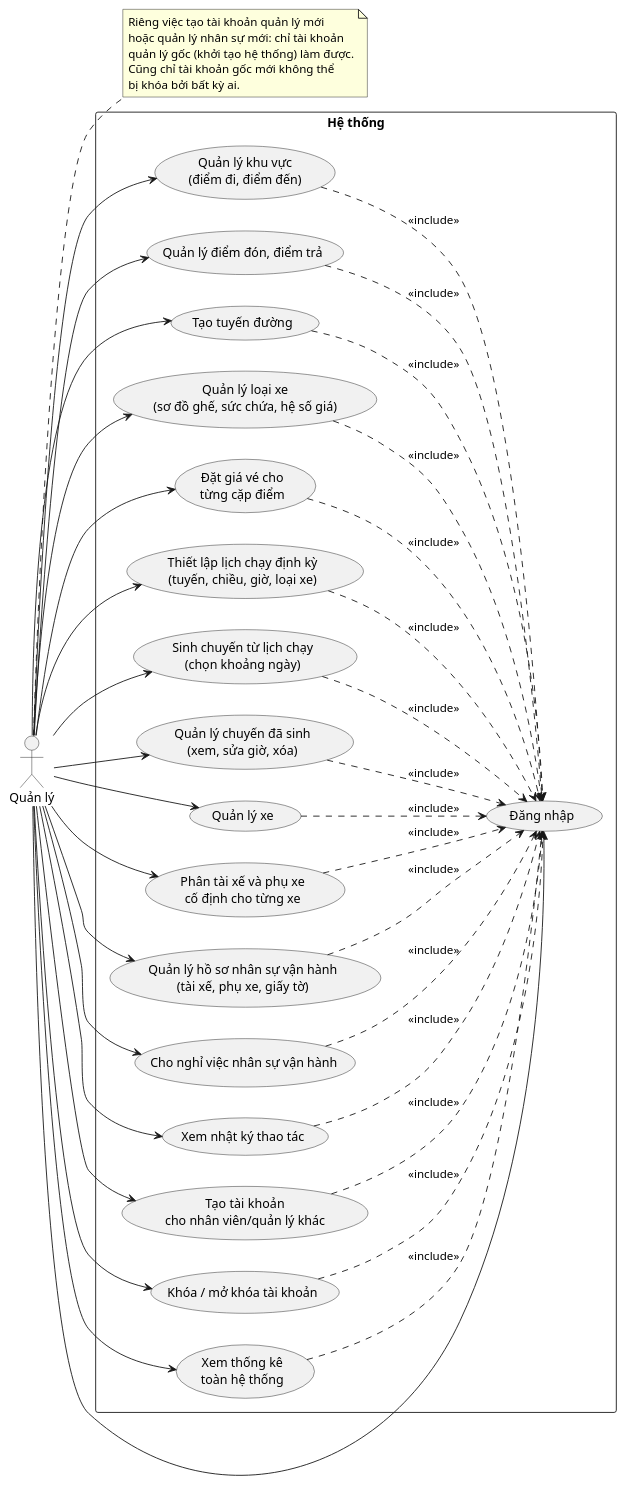
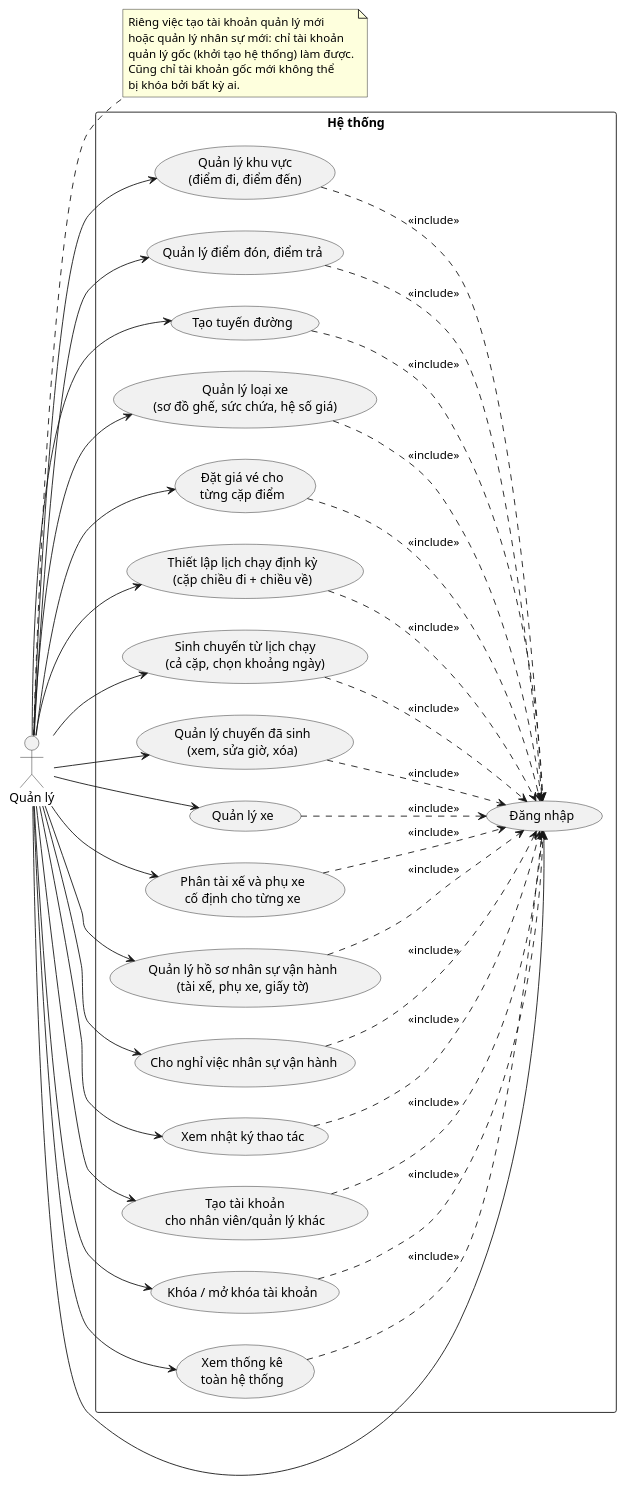
The sixth of 52 diagrams in UML_DIAGRAMS.md (nguyenvietanhit19/Project1_HeThongQuanLyNhaXeKhachLienTinh), drawn with PlantUML before and after one commit. The commit also changed other lines of this file and 13 other files, not shown here.

````diff
--- a/UML_DIAGRAMS.md
+++ b/UML_DIAGRAMS.md
@@ -193,68 +193,68 @@
 ```plantuml
 @startuml UseCase_QuanLy
 left to right direction
 actor "Quản lý" as QL
 note right of QL
   Riêng việc tạo tài khoản quản lý mới
   hoặc quản lý nhân sự mới: chỉ tài khoản
   quản lý gốc (khởi tạo hệ thống) làm được.
   Cũng chỉ tài khoản gốc mới không thể
   bị khóa bởi bất kỳ ai.
 end note
 
 rectangle "Hệ thống" {
   usecase "Đăng nhập" as UC02
   usecase "Quản lý khu vực\n(điểm đi, điểm đến)" as UC29
   usecase "Quản lý điểm đón, điểm trả" as UC30
   usecase "Tạo tuyến đường" as UC31
   usecase "Quản lý loại xe\n(sơ đồ ghế, sức chứa, hệ số giá)" as UC32
   usecase "Đặt giá vé cho\ntừng cặp điểm" as UC33
-  usecase "Thiết lập lịch chạy định kỳ\n(tuyến, chiều, giờ, loại xe)" as UC18
-  usecase "Sinh chuyến từ lịch chạy\n(chọn khoảng ngày)" as UC47
+  usecase "Thiết lập lịch chạy định kỳ\n(cặp chiều đi + chiều về)" as UC18
+  usecase "Sinh chuyến từ lịch chạy\n(cả cặp, chọn khoảng ngày)" as UC47
   usecase "Quản lý chuyến đã sinh\n(xem, sửa giờ, xóa)" as UC48
   usecase "Quản lý xe" as UC34
   usecase "Phân tài xế và phụ xe\ncố định cho từng xe" as UC35
   usecase "Quản lý hồ sơ nhân sự vận hành\n(tài xế, phụ xe, giấy tờ)" as UC49
   usecase "Cho nghỉ việc nhân sự vận hành" as UC51
   usecase "Xem nhật ký thao tác" as UC52
   usecase "Tạo tài khoản\ncho nhân viên/quản lý khác" as UC36
   usecase "Khóa / mở khóa tài khoản" as UC37
   usecase "Xem thống kê\ntoàn hệ thống" as UC39
 }
 
 QL --> UC02
 QL --> UC29
 QL --> UC30
 QL --> UC31
 QL --> UC32
 QL --> UC33
 QL --> UC18
 QL --> UC47
 QL --> UC48
 QL --> UC34
 QL --> UC35
 QL --> UC49
 QL --> UC51
 QL --> UC52
 QL --> UC36
 QL --> UC37
 QL --> UC39
 
 UC29 ..> UC02 : <<include>>
 UC30 ..> UC02 : <<include>>
 UC31 ..> UC02 : <<include>>
 UC32 ..> UC02 : <<include>>
 UC33 ..> UC02 : <<include>>
 UC18 ..> UC02 : <<include>>
 UC47 ..> UC02 : <<include>>
 UC48 ..> UC02 : <<include>>
 UC34 ..> UC02 : <<include>>
 UC35 ..> UC02 : <<include>>
 UC49 ..> UC02 : <<include>>
 UC51 ..> UC02 : <<include>>
 UC52 ..> UC02 : <<include>>
 UC36 ..> UC02 : <<include>>
 UC37 ..> UC02 : <<include>>
 UC39 ..> UC02 : <<include>>
 @enduml
 ```
````
